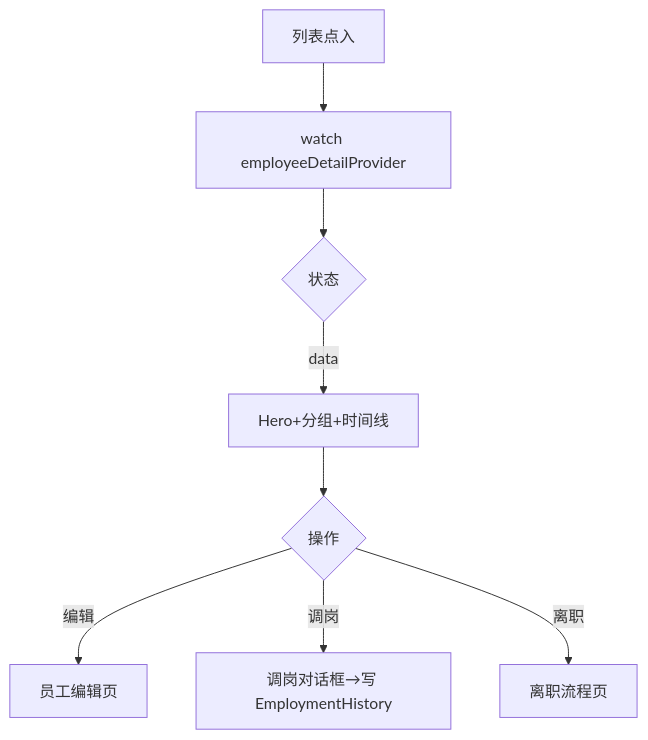
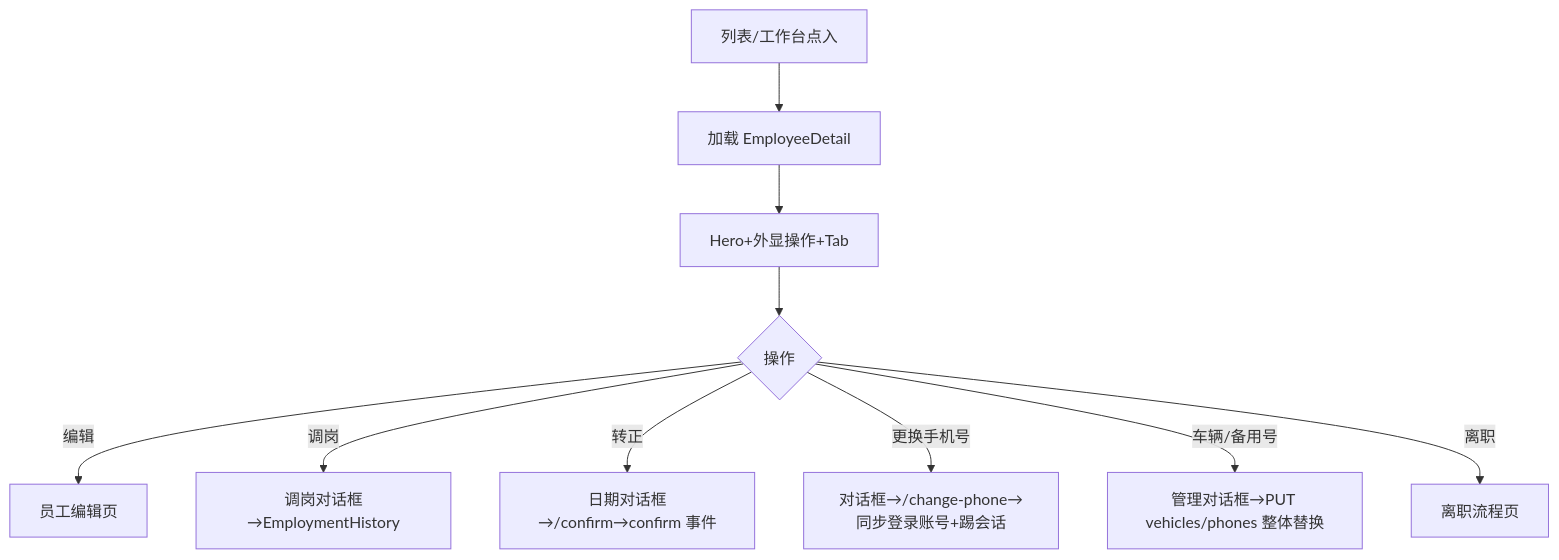
Before and after one commit to BruceChu0424/utenelec_imp: the diagram in docs/03-页面/员工详情页.md, drawn with Mermaid. The commit also changed other lines of this file and 166 other files, not shown here.

````diff
--- a/docs/03-页面/员工详情页.md
+++ b/docs/03-页面/员工详情页.md
@@ -91,10 +77,12 @@
 ```mermaid
 flowchart TD
-    A[列表点入] --> W[watch employeeDetailProvider]
-    W --> S{状态}
-    S -->|data| R[Hero+分组+时间线]
+    A[列表/工作台点入] --> W[加载 EmployeeDetail]
+    W --> R[Hero+外显操作+Tab]
     R --> OP{操作}
     OP -->|编辑| E[员工编辑页]
-    OP -->|调岗| TG[调岗对话框→写 EmploymentHistory]
+    OP -->|调岗| TG[调岗对话框→EmploymentHistory]
+    OP -->|转正| CF[日期对话框→/confirm→confirm 事件]
+    OP -->|更换手机号| CP[对话框→/change-phone→同步登录账号+踢会话]
+    OP -->|车辆/备用号| VP[管理对话框→PUT vehicles/phones 整体替换]
     OP -->|离职| OB[离职流程页]
 ```
````
